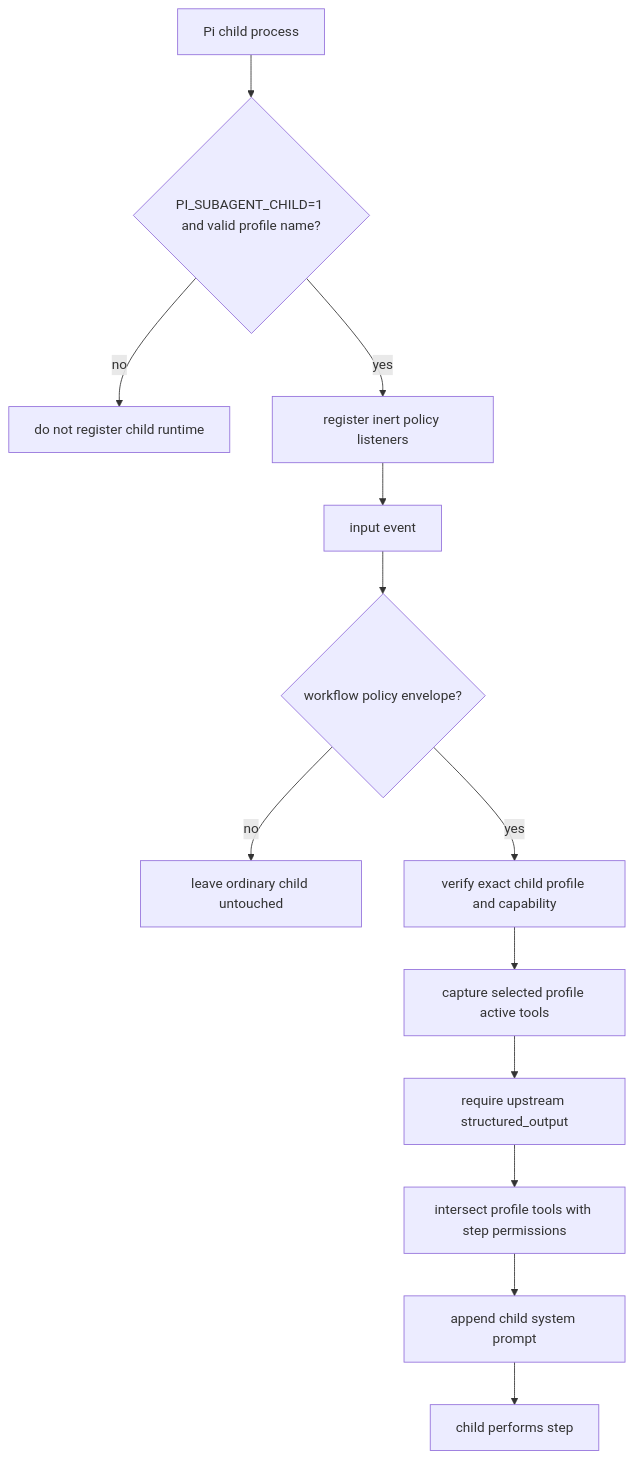
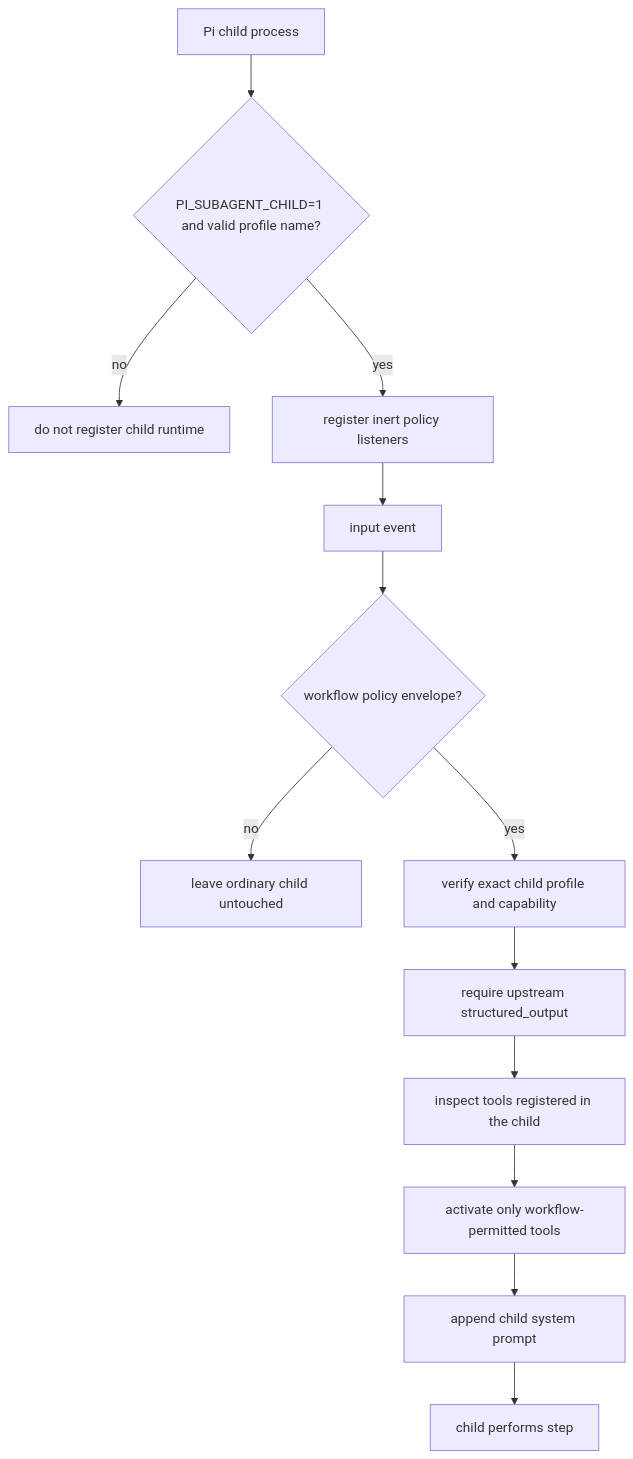
Before and after one commit to wichayutdew/pi-workflows: the third of 6 diagrams in openwiki/integrations/subagents.md, drawn with Mermaid. The commit also changed other lines of this file and 32 other files, not shown here.

````diff
--- a/openwiki/integrations/subagents.md
+++ b/openwiki/integrations/subagents.md
@@ -56,15 +56,15 @@
 ```mermaid
 flowchart TD
   PiChild[Pi child process] --> Env{PI_SUBAGENT_CHILD=1 and valid profile name?}
   Env -- no --> Stop[do not register child runtime]
   Env -- yes --> Runtime[register inert policy listeners]
   Runtime --> Input[input event]
   Input --> Envelope{workflow policy envelope?}
   Envelope -- no --> Ordinary[leave ordinary child untouched]
   Envelope -- yes --> Verify[verify exact child profile and capability]
-  Verify --> Baseline[capture selected profile active tools]
-  Baseline --> Complete[require upstream structured_output]
-  Complete --> Narrow[intersect profile tools with step permissions]
+  Verify --> Complete[require upstream structured_output]
+  Complete --> Registered[inspect tools registered in the child]
+  Registered --> Narrow[activate only workflow-permitted tools]
   Narrow --> Prompt[append child system prompt]
   Prompt --> Work[child performs step]
 ```
````
